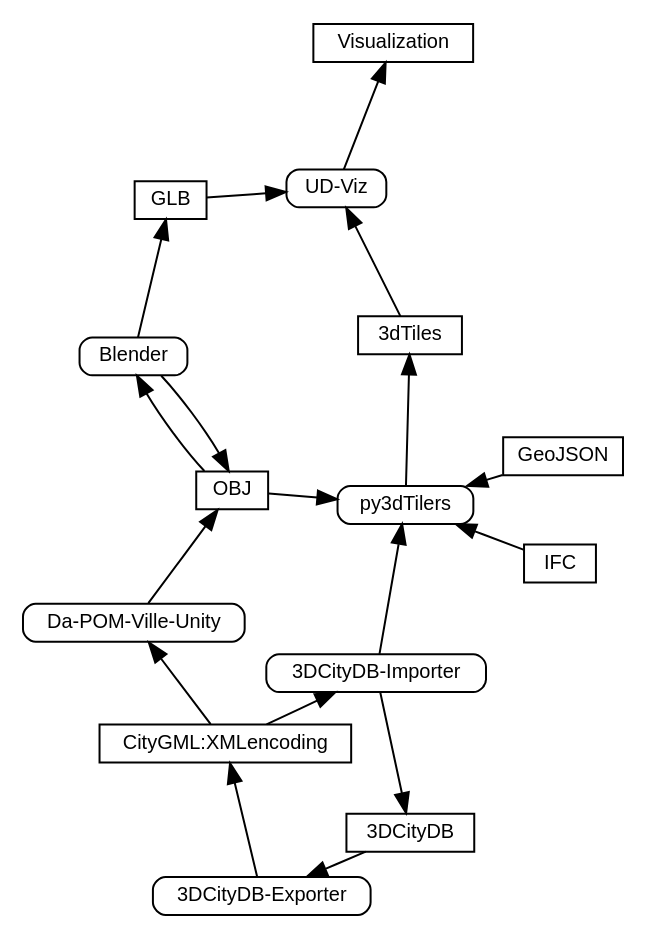
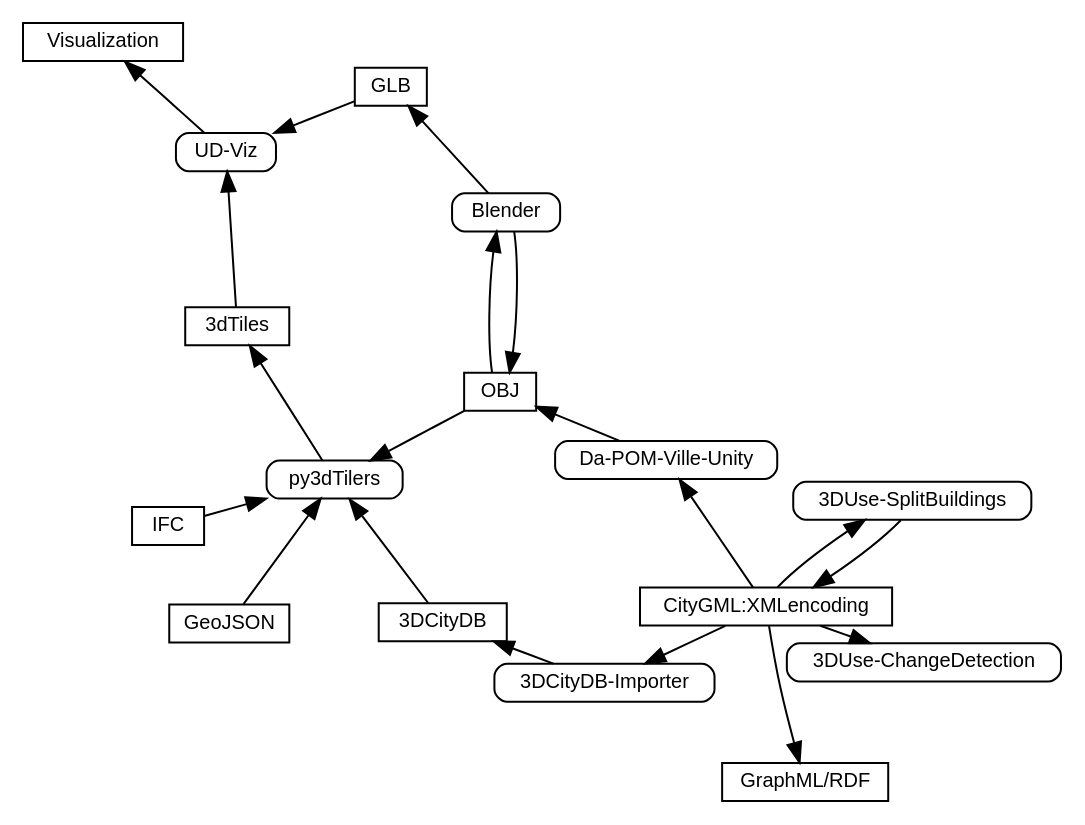
Before and after one commit to VCityTeam/UD-SV: the diagram in Tools/Diagrams/ToolsFormatsFlowGraph/Tools_Formats_bipartite_graph_UML_activity_like.gv, drawn with Graphviz. The commit also changed 1 other file, not shown here.

Commit message:
Added the beginnig of RDF path.
Also removed the 3dCityDB-Exporter that we don't use.

```diff
--- a/Tools/Diagrams/ToolsFormatsFlowGraph/Tools_Formats_bipartite_graph_UML_activity_like.gv
+++ b/Tools/Diagrams/ToolsFormatsFlowGraph/Tools_Formats_bipartite_graph_UML_activity_like.gv
@@ -1,88 +1,108 @@
 // The bipratite graph (refer to
 //   https://en.wikipedia.org/wiki/Graph_(discrete_mathematics)#Bipartite_graph )
 // with first vertex set being the file formats and the second vertex set
 // being the treatments (activity in UML terminology) and expressed in DOT
 // graph description language (refer to
 //    https://en.wikipedia.org/wiki/DOT_(graph_description_language )
 // and that can be rendered (layout and graphic computations) with the
 // graphviz tool (refer to
 //   https://graphviz.org/ )
 
 
 digraph example {
   layout=neato;
   // neato options for layout optimization
   splines=true;      // Allow spline arcs/edges when necessary
-  overlap=scale;     // Scale the picture so boxes do not overlap
+  overlap=scale;   // Scale the picture so boxes do not overlap
   node [fontname=Helvetica, fontsize=10, width=0.5, height=0.2];
 
 
 // Formats
 node [shape=rect];
 "3DCityDB"
    [ URL="https://3dcitydb-docs.readthedocs.io/en/release-v4.3.0/"];
 "CityGML:XMLencoding"
    [ URL="https://portal.ogc.org/files/?artifact_id=47842"];
 "OBJ" 
    [ URL="https://en.wikipedia.org/wiki/Wavefront_.obj_file"];
 "GLB" 
    [ URL="https://en.wikipedia.org/wiki/GlTF#GLB"];
 "Visualization"
    [ URL="https://en.wikipedia.org/wiki/Visualization_(graphics)"];
 "3dTiles"
    [ URL="https://github.com/CesiumGS/3d-tiles#readme"];
 "IFC"
    [ URL="https://en.wikipedia.org/wiki/Industry_Foundation_Classes"];
 "GeoJSON"
    [ URL="https://en.wikipedia.org/wiki/GeoJSON"];
+"GraphML/RDF"
+   [ URL="FIXME" ]
 
 // Treatments
 node [shape=Mrecord, width=0.5, height=0.2];
 "3DCityDB-Importer"
-    [ URL="https://3dcitydb-docs.readthedocs.io/en/release-v4.3.0/impexp/index.html"];
-"3DCityDB-Exporter"
     [ URL="https://3dcitydb-docs.readthedocs.io/en/release-v4.3.0/impexp/index.html"];
 "Da-POM-Ville-Unity"
     [ URL="https://github.com/VCityTeam/UD-Reproducibility/blob/master/Computations/DatAgora-Deambulation-Bron/BlenderModelingPipeline.md#anchor-convertion-CityGML-to-OBJ"];
 "Blender"
     [ URL="https://en.wikipedia.org/wiki/Blender_(software)"];
 "UD-Viz"
     [ URL="https://github.com/VCityTeam/UD-Viz#readme"];
 "py3dTilers"
     [ URL="https://github.com/VCityTeam/py3dtilers#readme"];
+"3DUse-SplitBuildings"
+    [ URL="https://github.com/VCityTeam/3DUSE/blob/master/src/utils/cmdline/splitCityGMLBuildings.cxx"];
+"3DUse-ChangeDetection"
+    [ URL="https://github.com/VCityTeam/3DUSE/blob/master/src/utils/cmdline/extractBuildingsConstructionDemolitionDates.cxx"];
+
 
 // Relationships
+
+//////////////// Around 3DCity*
 "CityGML:XMLencoding" -> "3DCityDB-Importer";
 "3DCityDB-Importer" -> "3DCityDB";
 
-"3DCityDB" -> "3DCityDB-Exporter";
-"3DCityDB-Exporter" -> "CityGML:XMLencoding";
+// This messes the layout and we are de facto not using the exporter
+// "3DCityDB-Exporter"
+//    [ URL="https://3dcitydb-docs.readthedocs.io/en/release-v4.3.0/impexp/index.html"];
+// "3DCityDB" -> "3DCityDB-Exporter";
+// "3DCityDB-Exporter" -> "CityGML:XMLencoding";
+// "3DCityDB-Exporter" -> "3DCityDB-Importer" [style=invis];        // Layout hint
 
 "CityGML:XMLencoding" -> "Da-POM-Ville-Unity";
 "Da-POM-Ville-Unity"  -> "OBJ";
 
-"Blender"  -> "OBJ";
-"OBJ"  -> "Blender";
+"CityGML:XMLencoding" -> "3DUse-SplitBuildings";
+"3DUse-SplitBuildings"  -> "CityGML:XMLencoding";
 
-"Blender"  -> "GLB";
+"CityGML:XMLencoding" -> "3DUse-ChangeDetection";
+"CityGML:XMLencoding" -> "GraphML/RDF";
 
+// /////////////// Around UD-Viz
 "GLB"  -> "UD-Viz";
 "UD-Viz"  -> "Visualization";
+"3dTiles"  -> "UD-Viz";
 
-"3DCityDB-Importer" -> "py3dTilers";
+//////////////// Around py3dTilers
+"3DCityDB" -> "py3dTilers";
 "OBJ" -> "py3dTilers";
 "IFC" -> "py3dTilers";
 "GeoJSON" -> "py3dTilers";
 "GeoJSON" -> "IFC" [style=invis];        // Layout hint
 "py3dTilers" -> "3dTiles";
 
-"3dTiles"  -> "UD-Viz";
+// Various stuff
+"Blender"  -> "OBJ";
+"OBJ"  -> "Blender";
+
+"Blender"  -> "GLB";
+
 
 }
 
 // subgraph cluster_legend {
 //   label="Notation: object flow of UML activity diagram";
 //   URL="https://www.uml-diagrams.org/activity-diagrams.html";
 //   "Data Format"  [shape=rect, URL="https://www.uml-diagrams.org/activity-diagrams-objects.html#object-node"];
 //   "Activity"     [shape=Mrecord, URL="https://www.uml-diagrams.org/activity-diagrams.html#activity"];
 // }
```
